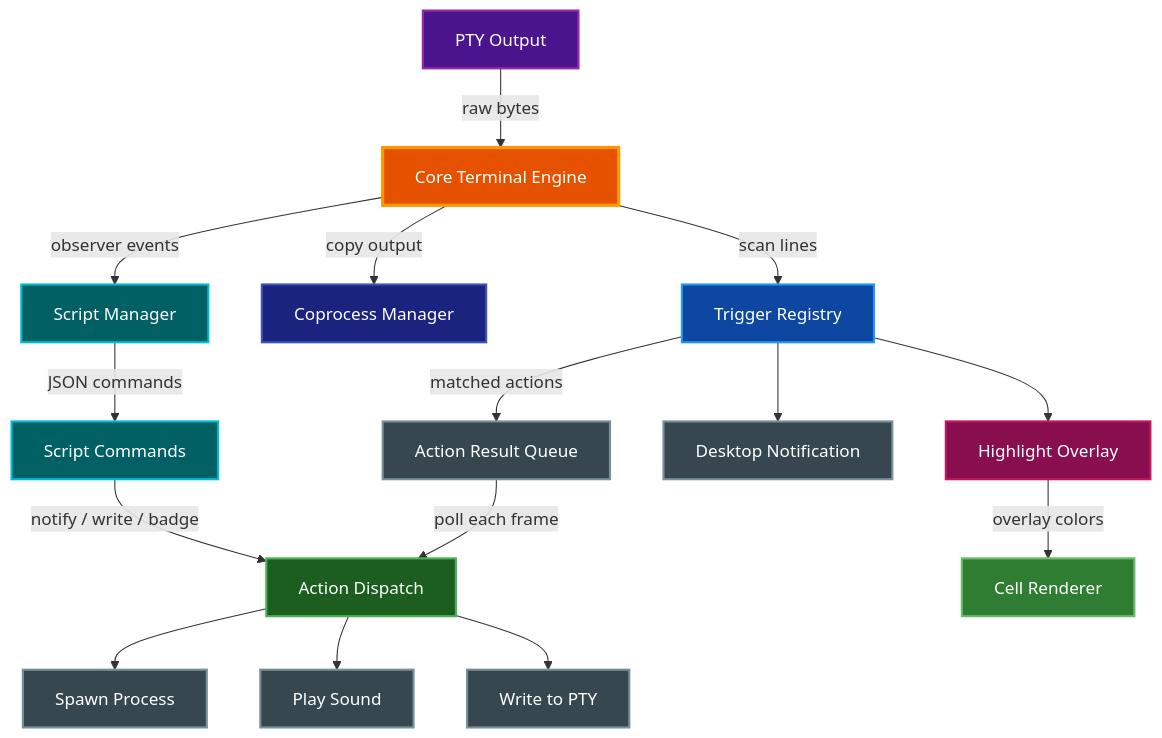
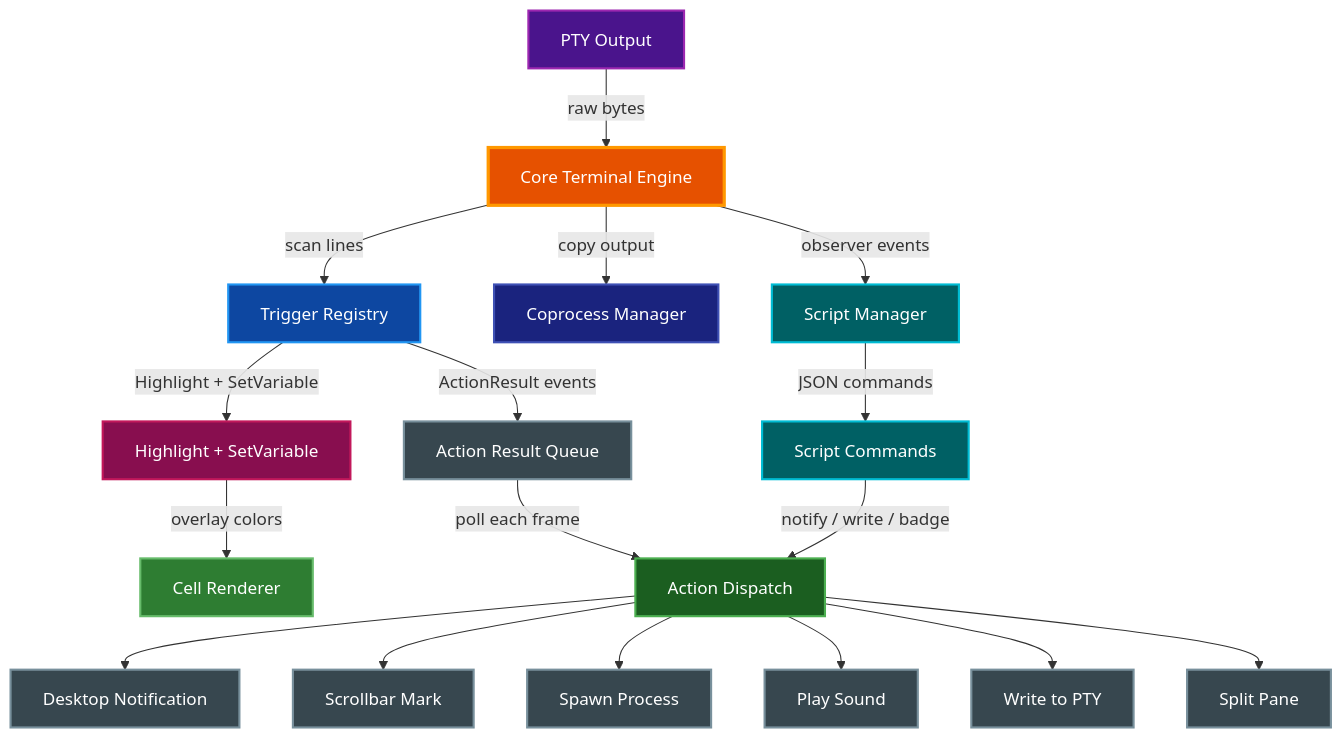
Before and after one commit to paulrobello/par-term: the first of 6 diagrams in docs/features/AUTOMATION.md, drawn with Mermaid. The commit also changed other lines of this file and 41 other files, not shown here.

````diff
--- a/docs/features/AUTOMATION.md
+++ b/docs/features/AUTOMATION.md
@@ -60,47 +60,53 @@
 ```mermaid
 graph TD
     PTY[PTY Output]
     Core[Core Terminal Engine]
     TriggerReg[Trigger Registry]
     ActionQueue[Action Result Queue]
     Dispatch[Action Dispatch]
-    Highlight[Highlight Overlay]
+    Highlight[Highlight + SetVariable]
     Notify[Desktop Notification]
+    MarkLn[Scrollbar Mark]
     RunCmd[Spawn Process]
     PlaySnd[Play Sound]
     SendTxt[Write to PTY]
+    SplitPn[Split Pane]
     Coproc[Coprocess Manager]
     Script[Script Manager]
     ScriptCmd[Script Commands]
     Render[Cell Renderer]
 
     PTY -->|raw bytes| Core
     Core -->|scan lines| TriggerReg
-    TriggerReg -->|matched actions| ActionQueue
+    TriggerReg -->|Highlight + SetVariable| Highlight
+    TriggerReg -->|ActionResult events| ActionQueue
     ActionQueue -->|poll each frame| Dispatch
+    Dispatch --> Notify
+    Dispatch --> MarkLn
     Dispatch --> RunCmd
     Dispatch --> PlaySnd
     Dispatch --> SendTxt
-    TriggerReg --> Highlight
-    TriggerReg --> Notify
+    Dispatch --> SplitPn
     Core -->|copy output| Coproc
     Core -->|observer events| Script
     Script -->|JSON commands| ScriptCmd
     ScriptCmd -->|notify / write / badge| Dispatch
     Highlight -->|overlay colors| Render
 
     style PTY fill:#4a148c,stroke:#9c27b0,stroke-width:2px,color:#ffffff
     style Core fill:#e65100,stroke:#ff9800,stroke-width:3px,color:#ffffff
     style TriggerReg fill:#0d47a1,stroke:#2196f3,stroke-width:2px,color:#ffffff
     style ActionQueue fill:#37474f,stroke:#78909c,stroke-width:2px,color:#ffffff
     style Dispatch fill:#1b5e20,stroke:#4caf50,stroke-width:2px,color:#ffffff
     style Highlight fill:#880e4f,stroke:#c2185b,stroke-width:2px,color:#ffffff
     style Notify fill:#37474f,stroke:#78909c,stroke-width:2px,color:#ffffff
     style RunCmd fill:#37474f,stroke:#78909c,stroke-width:2px,color:#ffffff
     style PlaySnd fill:#37474f,stroke:#78909c,stroke-width:2px,color:#ffffff
     style SendTxt fill:#37474f,stroke:#78909c,stroke-width:2px,color:#ffffff
+    style MarkLn fill:#37474f,stroke:#78909c,stroke-width:2px,color:#ffffff
+    style SplitPn fill:#37474f,stroke:#78909c,stroke-width:2px,color:#ffffff
     style Coproc fill:#1a237e,stroke:#3f51b5,stroke-width:2px,color:#ffffff
     style Script fill:#006064,stroke:#00bcd4,stroke-width:2px,color:#ffffff
     style ScriptCmd fill:#006064,stroke:#00bcd4,stroke-width:2px,color:#ffffff
     style Render fill:#2e7d32,stroke:#66bb6a,stroke-width:2px,color:#ffffff
 ```
````
